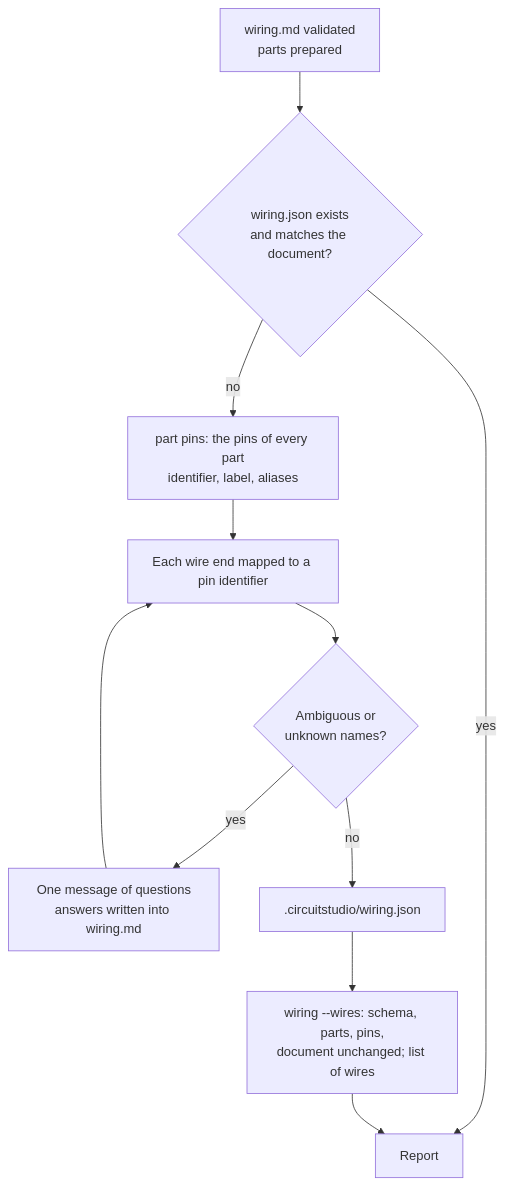
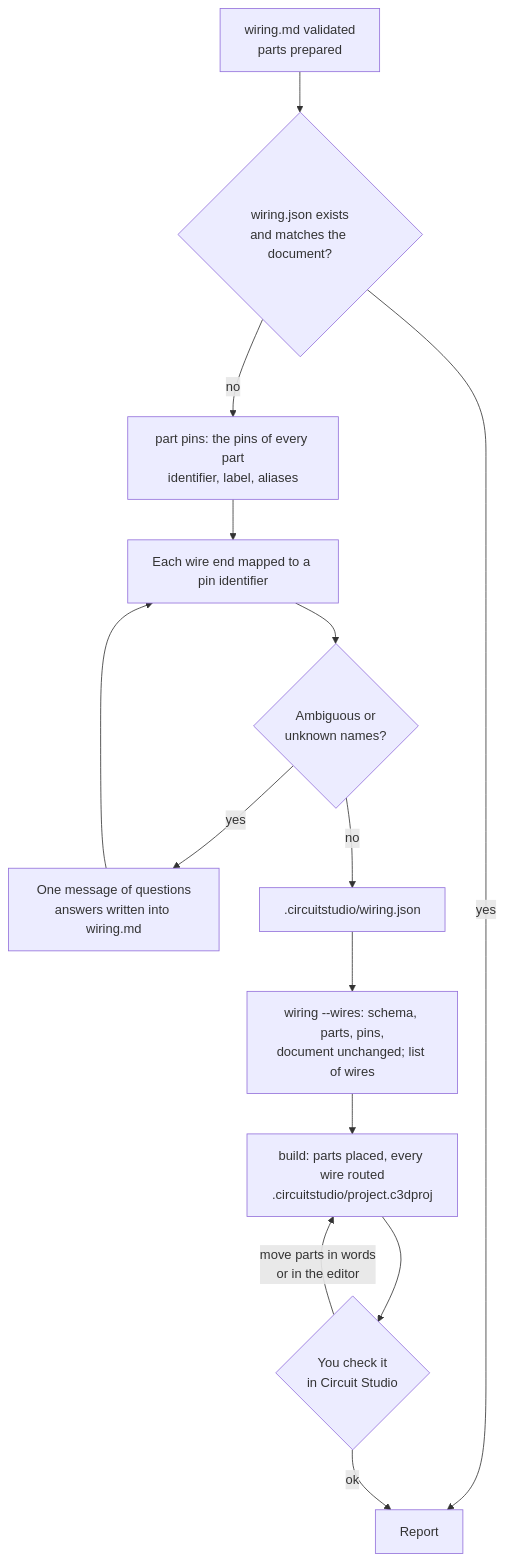
The diagram in docs/user-guide/skills/wiring-project.md (docteurzoidberg/circuit-studio-agent-kit), drawn with Mermaid before and after one commit. The commit also changed other lines of this file and 9 other files, not shown here.

First line of the commit message:
Build the Circuit Studio project in wiring-project

````diff
--- a/docs/user-guide/skills/wiring-project.md
+++ b/docs/user-guide/skills/wiring-project.md
@@ -21,13 +23,16 @@
 ```mermaid
 flowchart TD
   W[wiring.md validated<br/>parts prepared] --> U{wiring.json exists<br/>and matches the document?}
   U -- yes --> REP[Report]
   U -- no --> P[part pins: the pins of every part<br/>identifier, label, aliases]
   P --> R[Each wire end mapped to a pin identifier]
   R --> Q{Ambiguous or<br/>unknown names?}
   Q -- yes --> ASK[One message of questions<br/>answers written into wiring.md]
   ASK --> R
   Q -- no --> J[.circuitstudio/wiring.json]
   J --> C[wiring --wires: schema, parts, pins,<br/>document unchanged; list of wires]
-  C --> REP
+  C --> B[build: parts placed, every wire routed<br/>.circuitstudio/project.c3dproj]
+  B --> V{You check it<br/>in Circuit Studio}
+  V -- move parts in words<br/>or in the editor --> B
+  V -- ok --> REP
 ```
````
